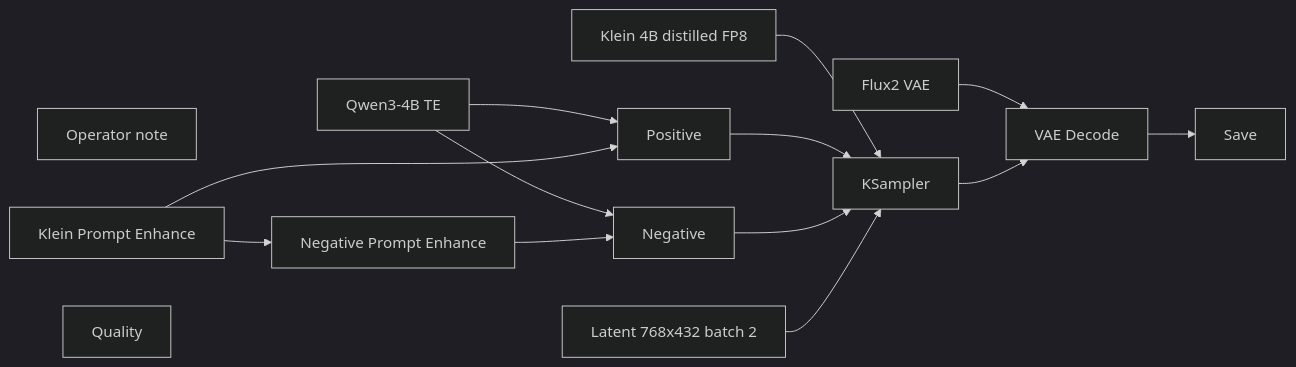
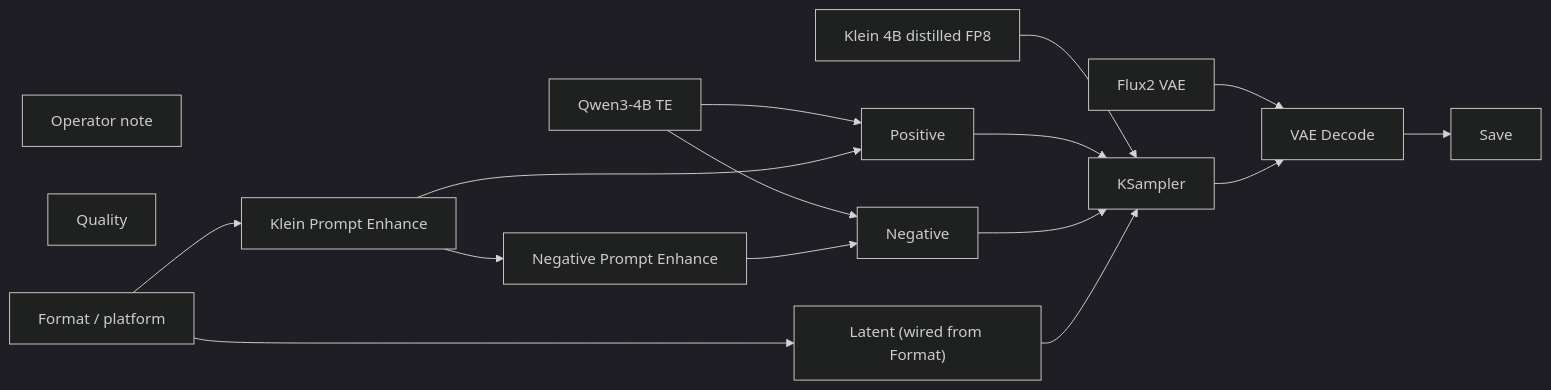
Before and after one commit to toxicoder/ez-comfy-stack: the diagram in docs/generated/workflows/klein/still-draft.md, drawn with Mermaid (dark theme). The commit also changed other lines of this file and 312 other files, not shown here.

First line of the commit message:
feat: Format / platform on Klein, Wan, and LTX Apps

````diff
--- a/docs/generated/workflows/klein/still-draft.md
+++ b/docs/generated/workflows/klein/still-draft.md
@@ -54,28 +56,31 @@
 ```mermaid
 flowchart LR
   N1["Klein 4B distilled FP8"]
   N2["Qwen3-4B TE"]
   N3["Flux2 VAE"]
   N4["Positive"]
   N5["Negative"]
-  N6["Latent 768x432 batch 2"]
+  N6["Latent (wired from Format)"]
   N7["KSampler"]
   N8["VAE Decode"]
   N9["Save"]
   N10["Operator note"]
   N11["Klein Prompt Enhance"]
   N12["Negative Prompt Enhance"]
   N13["Quality"]
+  N14["Format / platform"]
   N1 --> N7
   N2 --> N4
   N2 --> N5
   N3 --> N8
   N4 --> N7
   N5 --> N7
   N6 --> N7
   N7 --> N8
   N8 --> N9
   N11 --> N4
   N11 --> N12
   N12 --> N5
+  N14 --> N6
+  N14 --> N11
 ```
````
